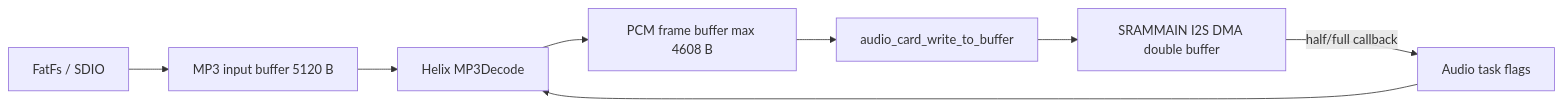
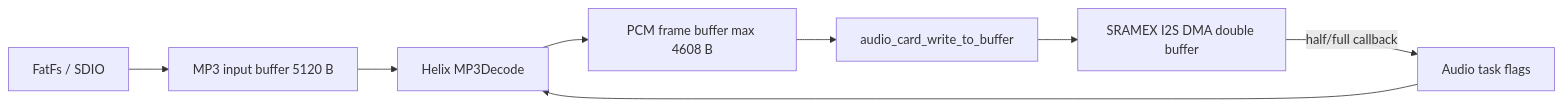
Before and after one commit to 1702703423/StarGamer: the diagram in Docs/Helix移植.md, drawn with Mermaid. The commit also changed other lines of this file and 8 other files, not shown here.

````diff
--- a/Docs/Helix移植.md
+++ b/Docs/Helix移植.md
@@ -155,10 +155,10 @@
 ```mermaid
 flowchart LR
     F["FatFs / SDIO"] --> I["MP3 input buffer 5120 B"]
     I --> H["Helix MP3Decode"]
     H --> P["PCM frame buffer max 4608 B"]
     P --> A["audio_card_write_to_buffer"]
-    A --> D["SRAMMAIN I2S DMA double buffer"]
+    A --> D["SRAMEX I2S DMA double buffer"]
     D -->|"half/full callback"| T["Audio task flags"]
     T --> H
 ```
````
